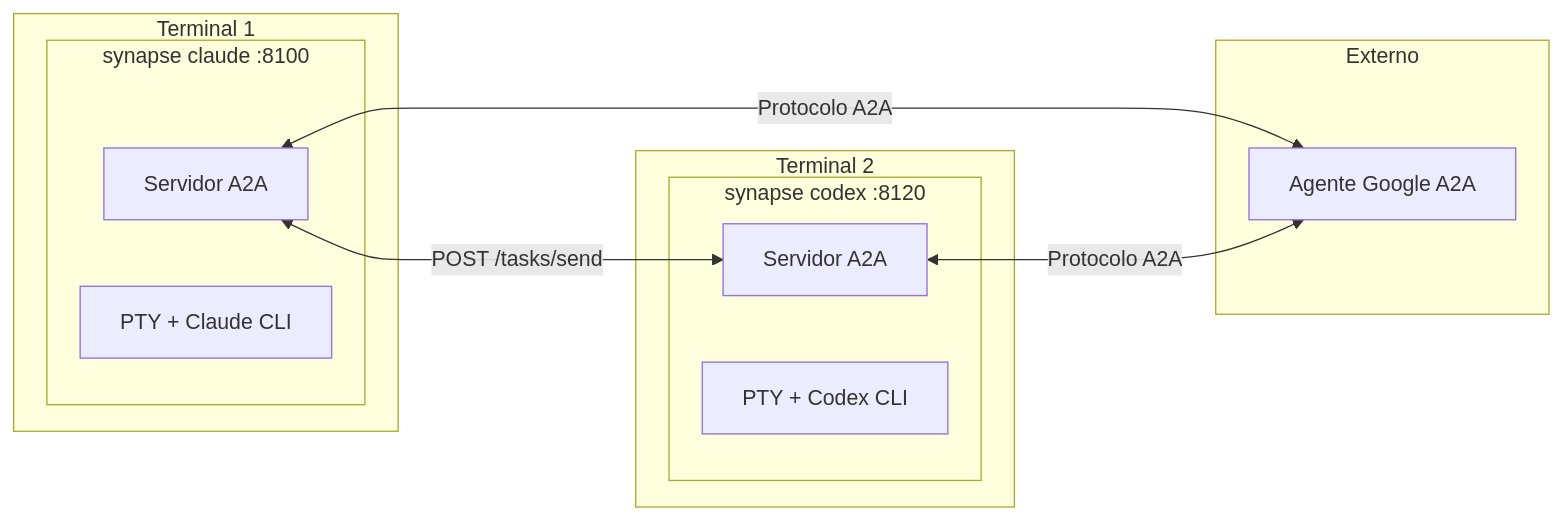
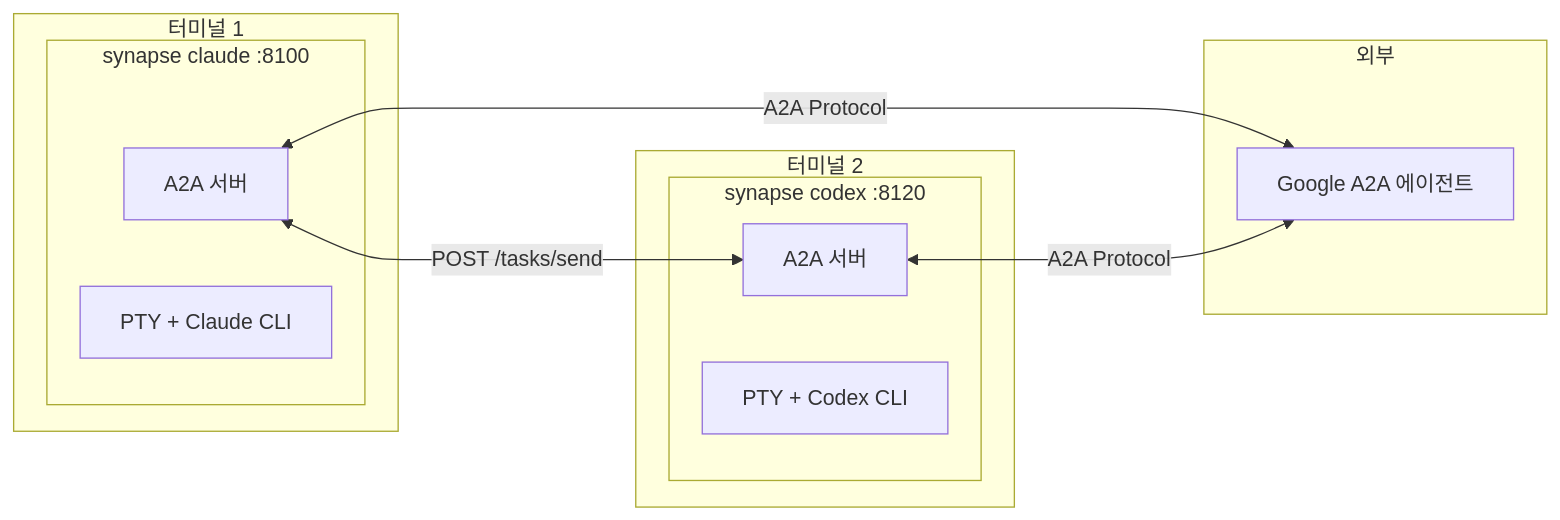
One commit to s-hiraoku/synapse-a2a changed the first of 5 diagrams in README.ko.md. Above: the diagram before and after it, drawn with Mermaid. The commit also changed other lines of this file and 7 other files, not shown here.

````diff
--- a/README.ko.md
+++ b/README.ko.md
@@ -32,22 +32,22 @@
 ```mermaid
 flowchart LR
-    subgraph Terminal1["Terminal 1"]
+    subgraph Terminal1["터미널 1"]
         subgraph Agent1["synapse claude :8100"]
-            Server1["Servidor A2A"]
+            Server1["A2A 서버"]
             PTY1["PTY + Claude CLI"]
         end
     end
-    subgraph Terminal2["Terminal 2"]
+    subgraph Terminal2["터미널 2"]
         subgraph Agent2["synapse codex :8120"]
-            Server2["Servidor A2A"]
+            Server2["A2A 서버"]
             PTY2["PTY + Codex CLI"]
         end
     end
-    subgraph External["Externo"]
-        ExtAgent["Agente Google A2A"]
+    subgraph External["외부"]
+        ExtAgent["Google A2A 에이전트"]
     end
 
     Server1 <-->|"POST /tasks/send"| Server2
-    Server1 <-->|"Protocolo A2A"| ExtAgent
-    Server2 <-->|"Protocolo A2A"| ExtAgent
+    Server1 <-->|"A2A Protocol"| ExtAgent
+    Server2 <-->|"A2A Protocol"| ExtAgent
 ```
````
